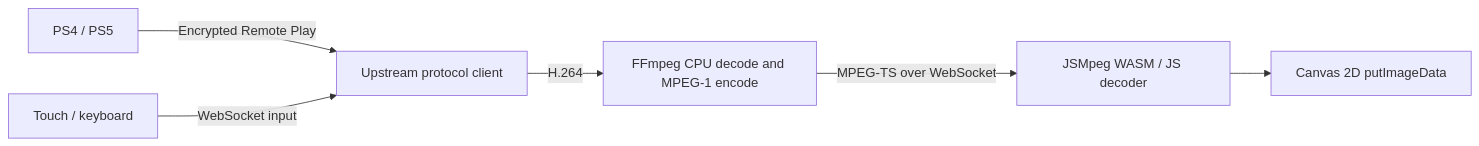
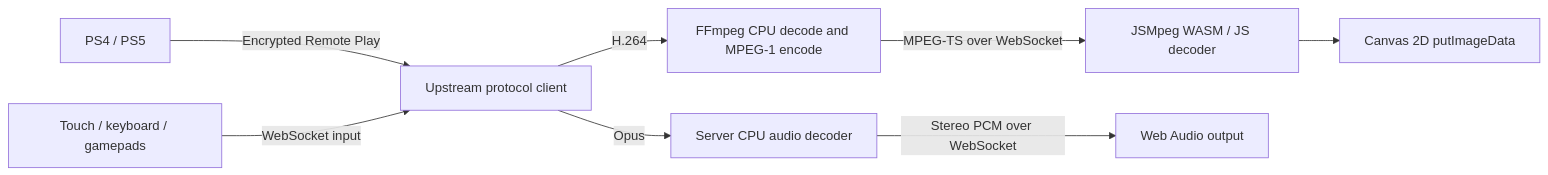
Before and after one commit to fabioneves/psrp-web: the diagram in README.md, drawn with Mermaid. The commit also changed other lines of this file and 39 other files, not shown here.

First line of the commit message:
Add Tesla controls, stereo audio and selectable software stream profiles

````diff
--- a/README.md
+++ b/README.md
@@ -80,8 +95,10 @@
 ```mermaid
 flowchart LR
     PS[PS4 / PS5] -->|Encrypted Remote Play| RP[Upstream protocol client]
     RP -->|H.264| CPU[FFmpeg CPU decode and MPEG-1 encode]
     CPU -->|MPEG-TS over WebSocket| DEC[JSMpeg WASM / JS decoder]
     DEC --> CANVAS[Canvas 2D putImageData]
-    UI[Touch / keyboard] -->|WebSocket input| RP
+    RP -->|Opus| PCM[Server CPU audio decoder]
+    PCM -->|Stereo PCM over WebSocket| AUDIO[Web Audio output]
+    UI[Touch / keyboard / gamepads] -->|WebSocket input| RP
 ```
````
